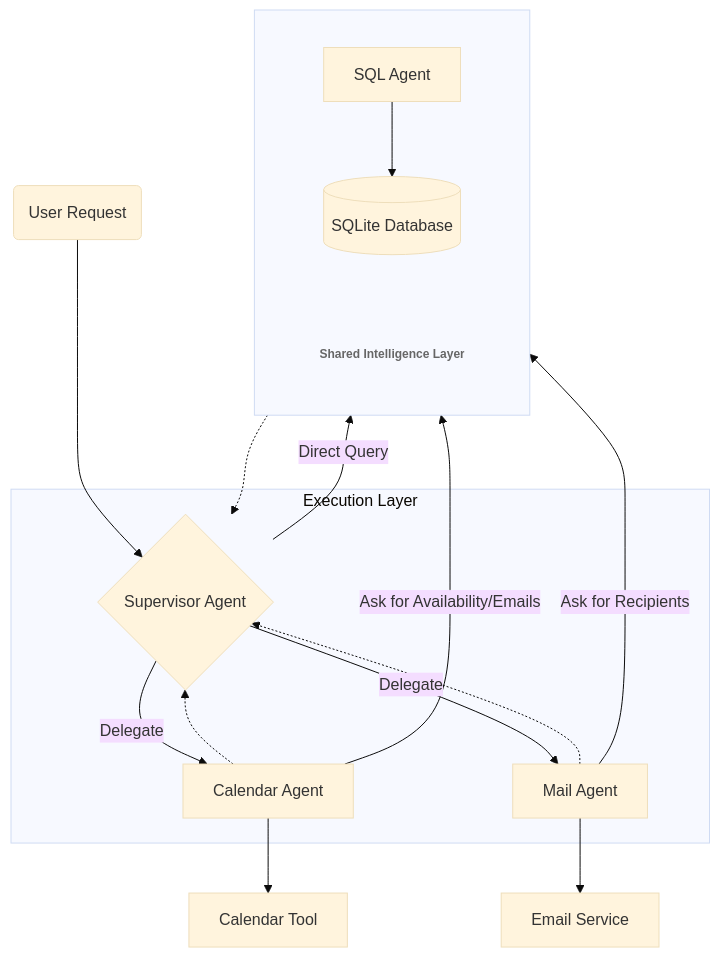
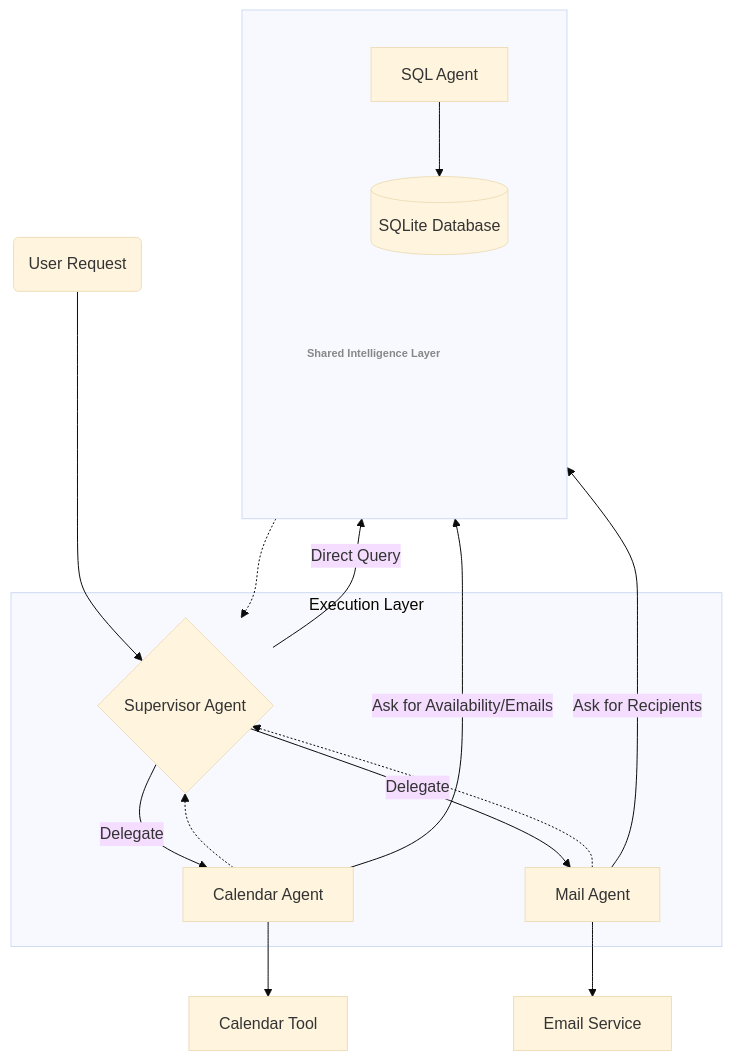
The diagram in README.md (danielecelsa/mail-calendar-assistant), drawn with Mermaid (base theme) before and after one commit.

Commit message:
Readme graph

````diff
--- a/README.md
+++ b/README.md
@@ -45,43 +45,45 @@
 ```mermaid
 graph TD
     User(User Request) --> Supervisor{Supervisor Agent}
     
     subgraph "Execution Layer"
         Supervisor -- "Delegate" --> Cal[Calendar Agent]
         Supervisor -- "Delegate" --> Mail[Mail Agent]
     end
     
-    %% We leave the subgraph title blank " " 
+    %% Shared Intelligence Layer - Title removed to avoid overlap
     subgraph SIL [" "]
         direction TB
+        
+        %% Core Nodes
         SQL[SQL Agent]
         DB[(SQLite Database)]
         SQL --> DB
         
-        %% This acts as your label at the bottom
-        LayerLabel[Shared Intelligence Layer]
+        %% Invisible Footer Row to force alignment
+        %% L is the label, S is a spacer to balance the centering
+        L[Shared Intelligence Layer] ~~~ S[                       ]
+        
+        %% Vertical Spacing to push footer to the bottom
+        DB ~~~ L
+        DB ~~~ S
     end
     
-    %% Force the label to the bottom using an invisible link
-    DB ~~~ LayerLabel
-    
-    %% The Supervisor can call SQL directly
+    %% External Connections
     Supervisor -- "Direct Query" --> SQL
-    
-    %% Workers calling the SQL Agent
     Cal -- "Ask for Availability/Emails" --> SQL
     Mail -- "Ask for Recipients" --> SQL
     
     %% Tools
     Cal --> GCal[Calendar Tool]
     Mail --> SMTP[Email Service]
     
     %% Returns
     Cal -.-> Supervisor
     Mail -.-> Supervisor
     SQL -.-> Supervisor
 
-    %% Styling to make the "Fake Label" look like a subgraph title
-    classDef labelStyle fill:none,stroke:none,color:#666,font-weight:bold,font-size:12px;
-    class LayerLabel labelStyle;
+    %% Styling for a clean look
+    classDef labelStyle fill:none,stroke:none,color:#888,font-weight:bold,font-size:11px;
+    class L,S labelStyle;
 ```
````
